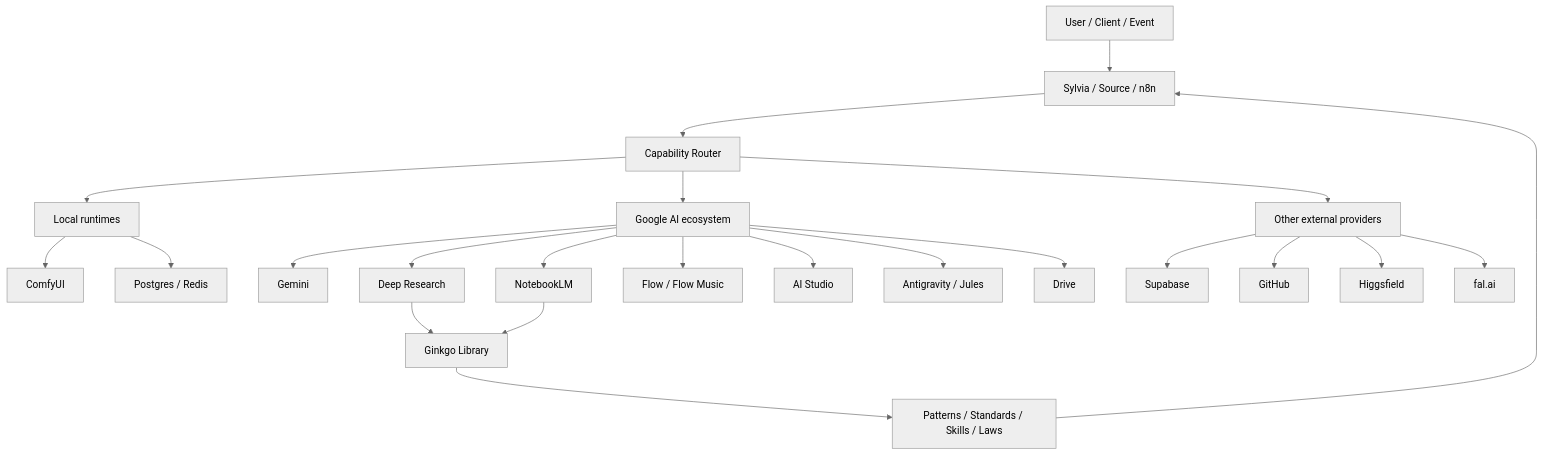
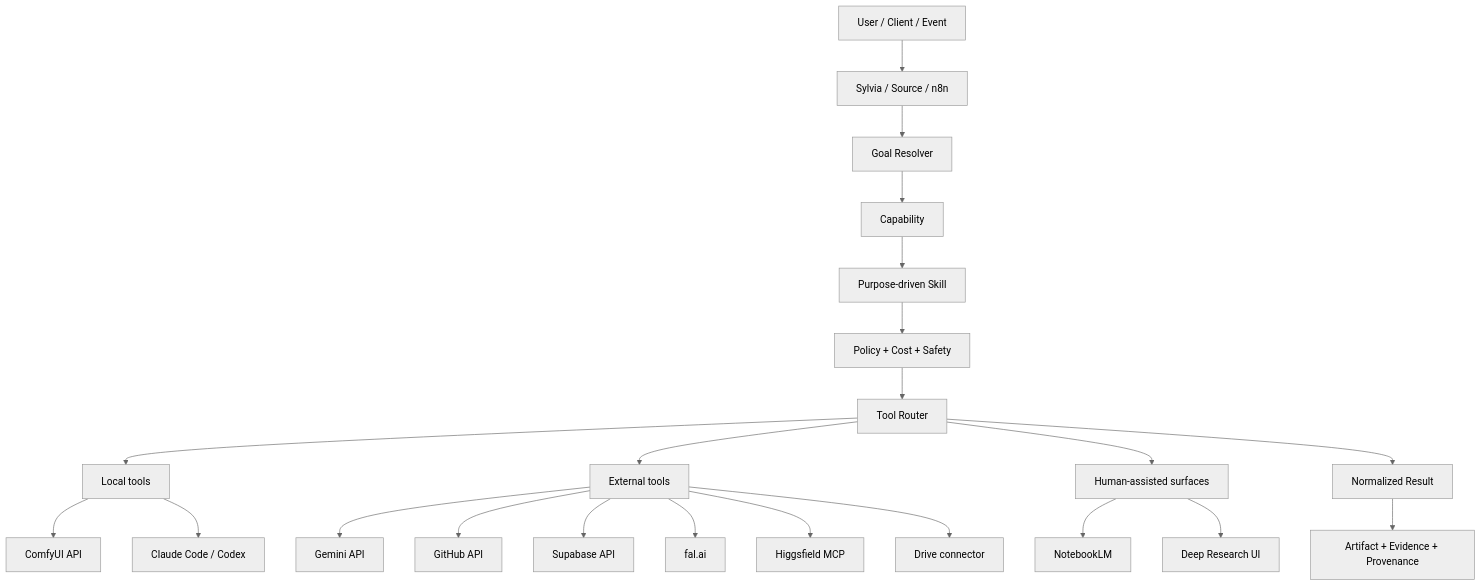
The first of 3 diagrams in architectures/GINKGO_ARSENAL.md (Ginkgo-Core/library), drawn with Mermaid (neutral theme) before and after one commit. The commit also changed other lines of this file, not shown here.

````diff
--- a/architectures/GINKGO_ARSENAL.md
+++ b/architectures/GINKGO_ARSENAL.md
@@ -17,30 +28,29 @@
 ```mermaid
 flowchart TD
     U[User / Client / Event] --> O[Sylvia / Source / n8n]
-    O --> R[Capability Router]
+    O --> G[Goal Resolver]
+    G --> C[Capability]
+    C --> S[Purpose-driven Skill]
+    S --> P[Policy + Cost + Safety]
+    P --> R[Tool Router]
 
-    R --> L[Local runtimes]
-    R --> G[Google AI ecosystem]
-    R --> E[Other external providers]
+    R --> L[Local tools]
+    R --> E[External tools]
+    R --> H[Human-assisted surfaces]
 
-    L --> C[ComfyUI]
-    L --> DB[Postgres / Redis]
+    L --> COMFY[ComfyUI API]
+    L --> CODE[Claude Code / Codex]
 
-    G --> GEM[Gemini]
-    G --> RES[Deep Research]
-    G --> NB[NotebookLM]
-    G --> FLOW[Flow / Flow Music]
-    G --> AIS[AI Studio]
-    G --> DEV[Antigravity / Jules]
-    G --> DRIVE[Drive]
+    E --> GEM[Gemini API]
+    E --> GH[GitHub API]
+    E --> SUPA[Supabase API]
+    E --> FAL[fal.ai]
+    E --> HIGGS[Higgsfield MCP]
+    E --> DRIVE[Drive connector]
 
-    E --> SUPA[Supabase]
-    E --> GH[GitHub]
-    E --> HIGGS[Higgsfield]
-    E --> FAL[fal.ai]
+    H --> NB[NotebookLM]
+    H --> DR[Deep Research UI]
 
-    RES --> LIB[Ginkgo Library]
-    NB --> LIB
-    LIB --> K[Patterns / Standards / Skills / Laws]
-    K --> O
+    R --> N[Normalized Result]
+    N --> ART[Artifact + Evidence + Provenance]
 ```
````
